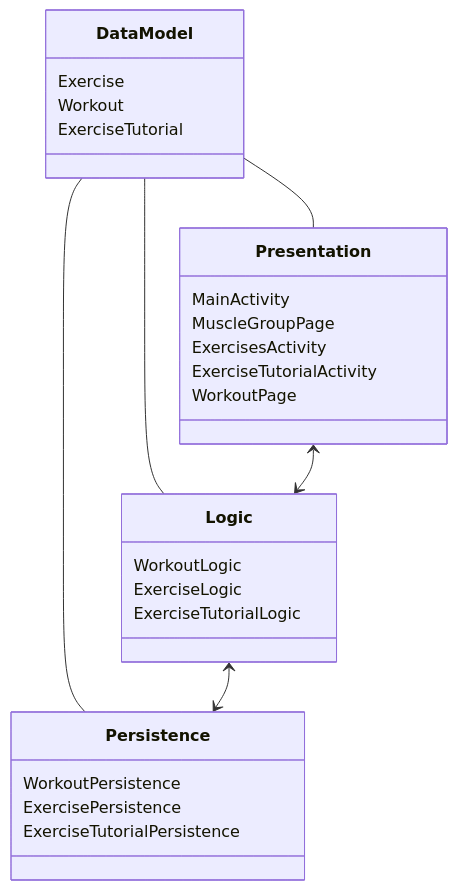
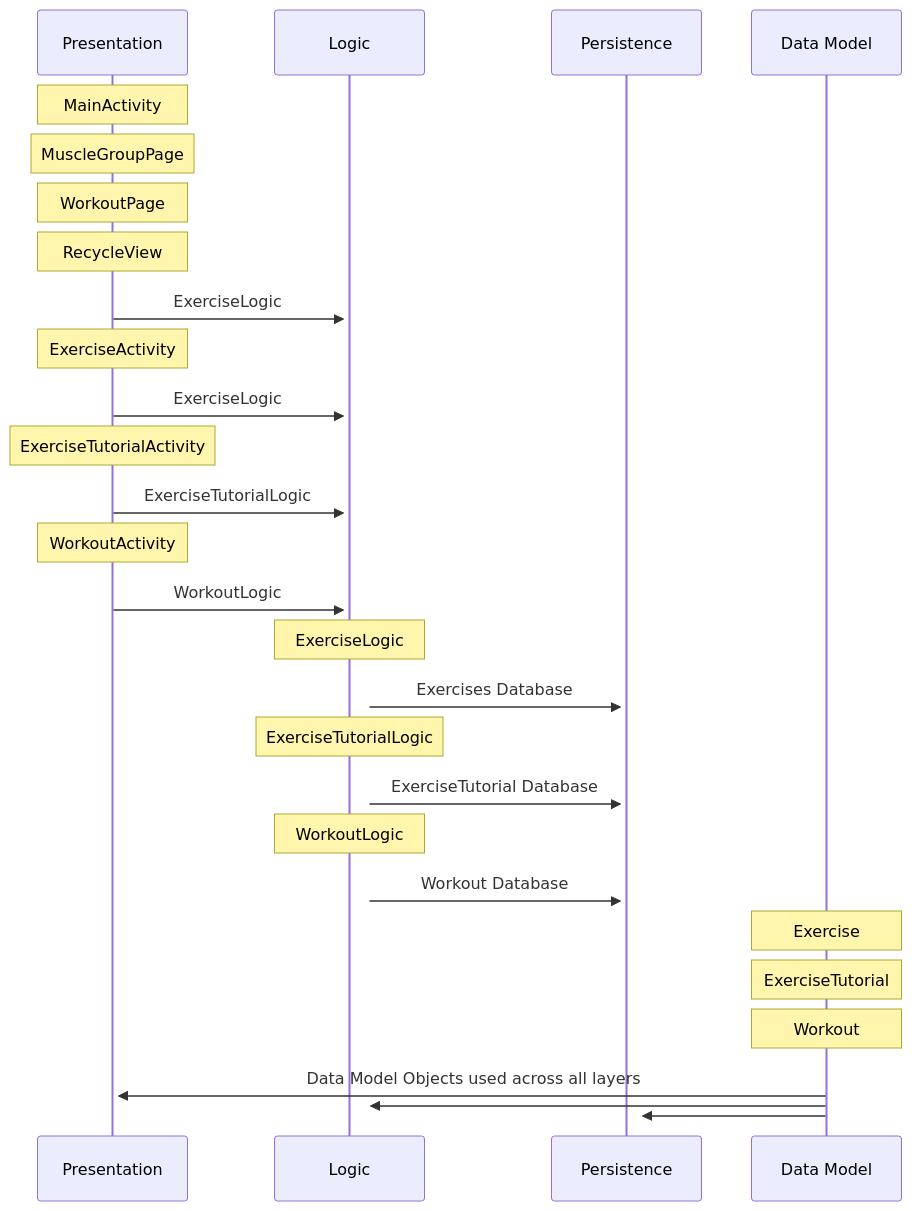
The diagram in ARCHITECTURE.md (GeistLitchi/fitclub), drawn with Mermaid before and after one commit. The commit also changed other lines of this file, not shown here.

Commit message:
changed Architecture document to sequence diagram as recommended

````diff
--- a/ARCHITECTURE.md
+++ b/ARCHITECTURE.md
@@ -3,29 +3,33 @@
 ```mermaid
-classDiagram
-    Data Model -- Presentation
-    Data Model -- Logic
-    Data Model -- Persistence
-    Data Model : Exercise
-    Data Model : Workout
-    Data Model : ExerciseTutorial
-    class Presentation{
-      MainActivity
-      MuscleGroupPage
-      ExercisesActivity
-      ExerciseTutorialActivity
-      WorkoutPage
-    }
-    class Logic{
-      WorkoutLogic
-      ExerciseLogic
-      ExerciseTutorialLogic
-    }
-    class Persistence{
-      WorkoutPersistence
-      ExercisePersistence
-      ExerciseTutorialPersistence
-    }
+sequenceDiagram
+    participant Presentation
+    participant Logic
+    participant Persistence
+    participant Data Model
+    
+    Note over Presentation: MainActivity
+    Note over Presentation: MuscleGroupPage
+    Note over Presentation: WorkoutPage
+    Note over Presentation: RecycleView
+    Presentation->>+Logic: ExerciseLogic
+    Note over Presentation: ExerciseActivity
+    Presentation->>+Logic: ExerciseLogic
+    Note over Presentation: ExerciseTutorialActivity
+    Presentation->>+Logic: ExerciseTutorialLogic
+    Note over Presentation: WorkoutActivity
+    Presentation->>+Logic: WorkoutLogic
 
-    Logic <--> Persistence
-    Presentation <--> Logic
+    Note over Logic: ExerciseLogic
+    Logic->>+Persistence: Exercises Database
+    Note over Logic: ExerciseTutorialLogic
+    Logic->>+Persistence: ExerciseTutorial Database
+    Note over Logic: WorkoutLogic
+    Logic->>+Persistence: Workout Database
+
+    Note over Data Model: Exercise
+    Note over Data Model: ExerciseTutorial
+    Note over Data Model: Workout
+    Data Model->>+Presentation: Data Model Objects used across all layers
+    Data Model->>+Logic: 
+    Data Model->>+Persistence:    
 ```
````
